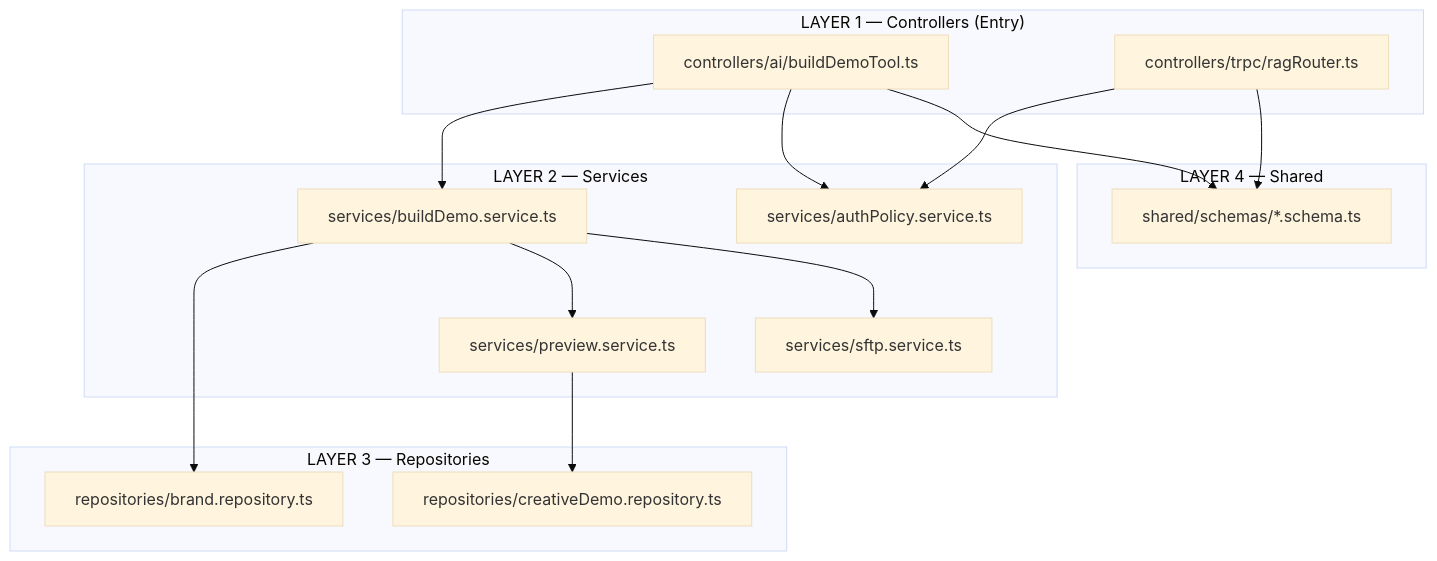
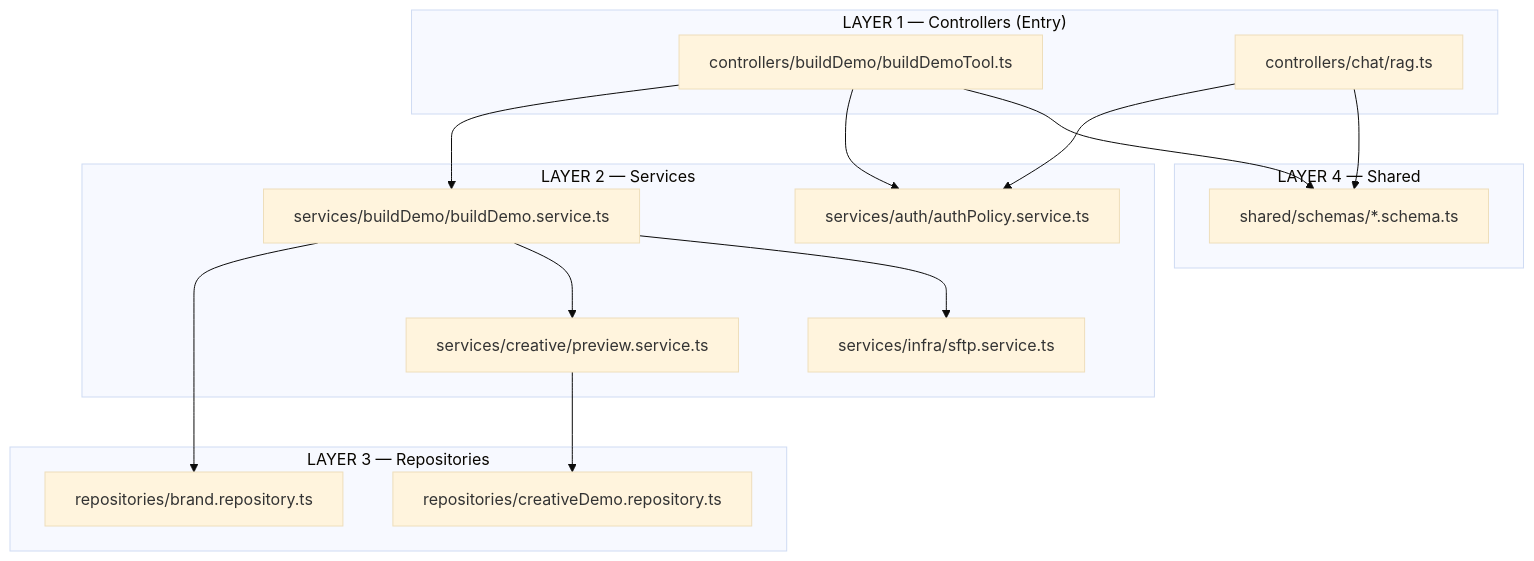
One commit to Th4nh2603/NewDashboardYomedia changed the first of 3 diagrams in docs/server-build-demo-architecture.md. Above: the diagram before and after it, drawn with Mermaid (base theme). The commit also changed other lines of this file and 89 other files, not shown here.

````diff
--- a/docs/server-build-demo-architecture.md
+++ b/docs/server-build-demo-architecture.md
@@ -11,33 +12,33 @@
 ```mermaid
 flowchart TB
   subgraph L1["LAYER 1 — Controllers (Entry)"]
-    Chat["controllers/ai/buildDemoTool.ts"]
-    Rag["controllers/trpc/ragRouter.ts"]
+    Chat["controllers/buildDemo/buildDemoTool.ts"]
+    Rag["controllers/chat/rag.ts"]
   end
 
   subgraph L2["LAYER 2 — Services"]
-    BDS["services/buildDemo.service.ts"]
-    SFTP["services/sftp.service.ts"]
-    Preview["services/preview.service.ts"]
-    Auth["services/authPolicy.service.ts"]
+    BDS["services/buildDemo/buildDemo.service.ts"]
+    SFTP["services/infra/sftp.service.ts"]
+    Preview["services/creative/preview.service.ts"]
+    Auth["services/auth/authPolicy.service.ts"]
   end
 
   subgraph L3["LAYER 3 — Repositories"]
     Brand["repositories/brand.repository.ts"]
     Demo["repositories/creativeDemo.repository.ts"]
   end
 
   subgraph L4["LAYER 4 — Shared"]
     Schema["shared/schemas/*.schema.ts"]
   end
 
   Rag --> Schema
   Chat --> Schema
   Rag --> Auth
   Chat --> Auth
   Chat --> BDS
   BDS --> SFTP
   BDS --> Preview
   BDS --> Brand
   Preview --> Demo
 ```
````
